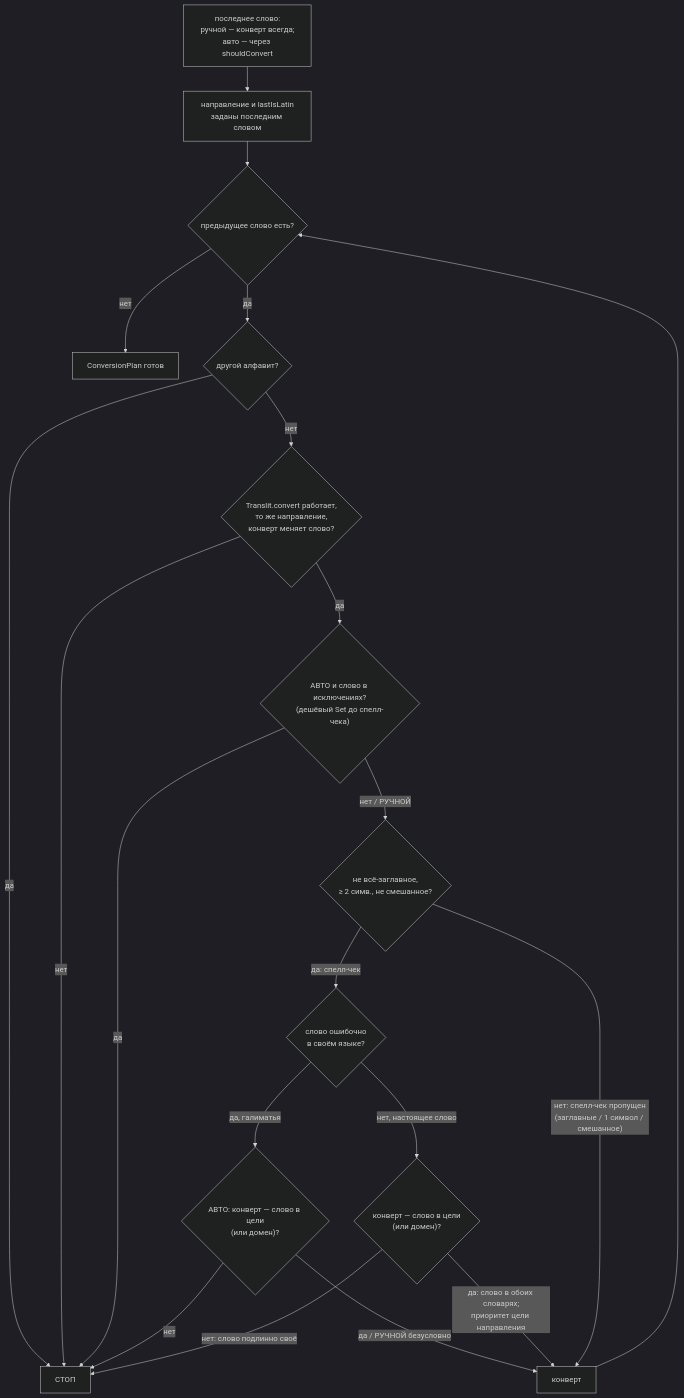
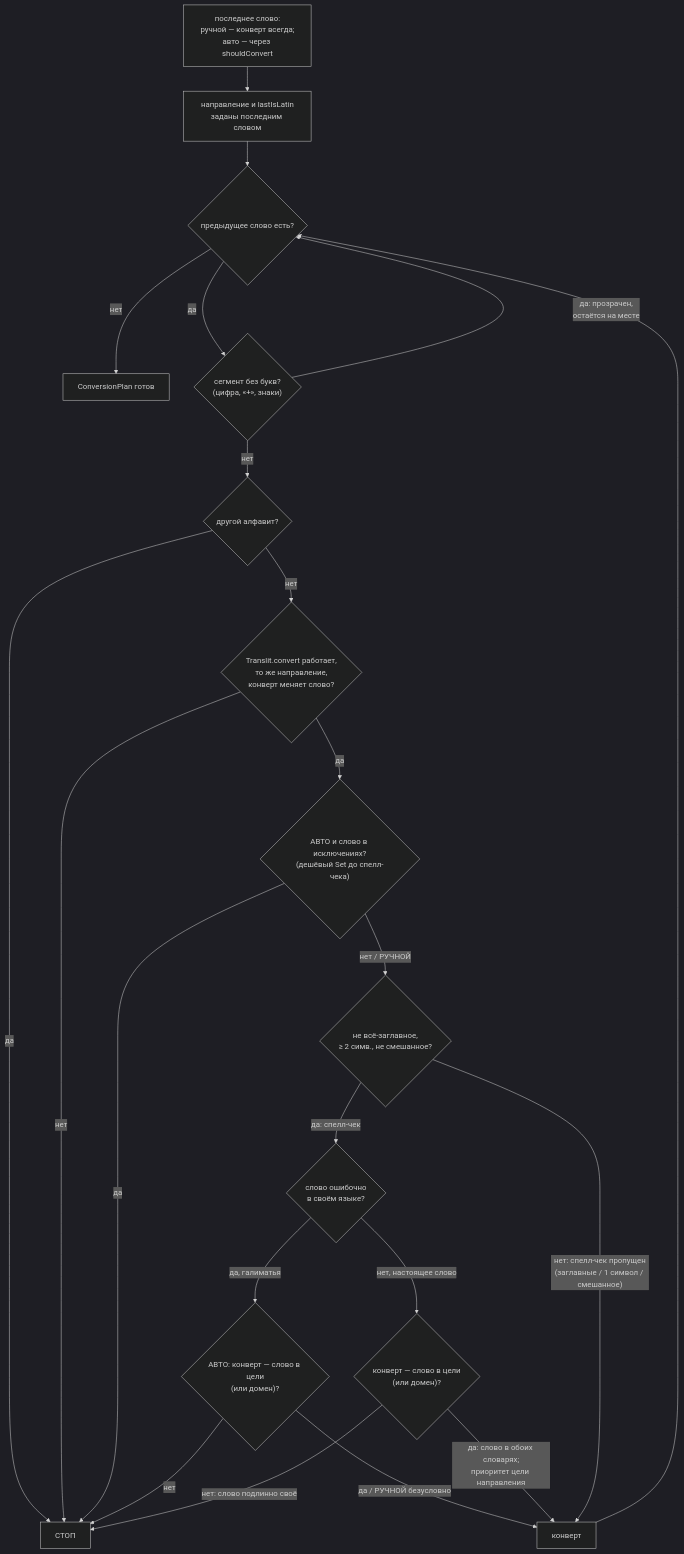
One commit to Wotaniel/Ali-switcher changed the third of 4 diagrams in BUSINESS-LOGIC.md. Above: the diagram before and after it, drawn with Mermaid (dark theme). The commit also changed other lines of this file and 5 other files, not shown here.

````diff
--- a/BUSINESS-LOGIC.md
+++ b/BUSINESS-LOGIC.md
@@ -992,22 +1001,24 @@
 ```mermaid
 flowchart TD
     A["последнее слово:<br/>ручной — конверт всегда;<br/>авто — через shouldConvert"] --> B["направление и lastIsLatin<br/>заданы последним словом"]
     B --> C{"предыдущее слово есть?"}
     C -- "нет" --> R["ConversionPlan готов"]
-    C -- "да" --> D{"другой алфавит?"}
+    C -- "да" --> T0{"сегмент без букв?<br/>(цифра, «+», знаки)"}
+    T0 -- "да: прозрачен,<br/>остаётся на месте" --> C
+    T0 -- "нет" --> D{"другой алфавит?"}
     D -- "да" --> S["СТОП"]
     D -- "нет" --> E{"Translit.convert работает,<br/>то же направление,<br/>конверт меняет слово?"}
     E -- "нет" --> S
     E -- "да" --> H2{"АВТО и слово в исключениях?<br/>(дешёвый Set до спелл-чека)"}
     H2 -- "да" --> S
     H2 -- "нет / РУЧНОЙ" --> F{"не всё-заглавное,<br/>≥ 2 симв., не смешанное?"}
     F -- "да: спелл-чек" --> G{"слово ошибочно<br/>в своём языке?"}
     G -- "да, галиматья" --> H{"АВТО: конверт — слово в цели<br/>(или домен)?"}
     H -- "нет" --> S
     H -- "да / РУЧНОЙ безусловно" --> L["конверт"]
     G -- "нет, настоящее слово" --> I{"конверт — слово в цели<br/>(или домен)?"}
     I -- "да: слово в обоих словарях;<br/>приоритет цели направления" --> L
     I -- "нет: слово подлинно своё" --> S
     F -- "нет: спелл-чек пропущен<br/>(заглавные / 1 символ / смешанное)" --> L
     L --> C
 ```
````
